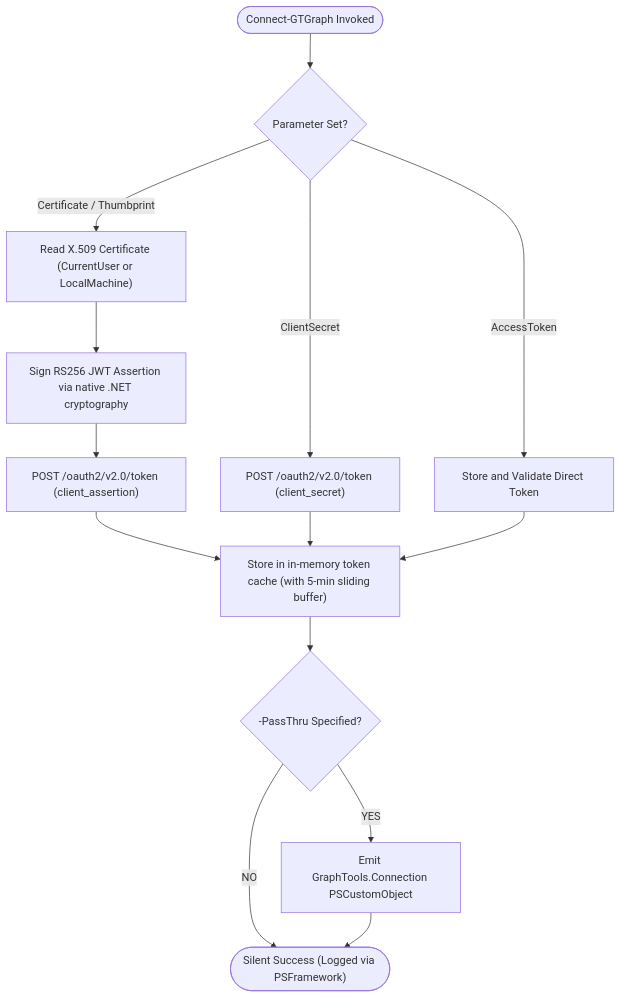
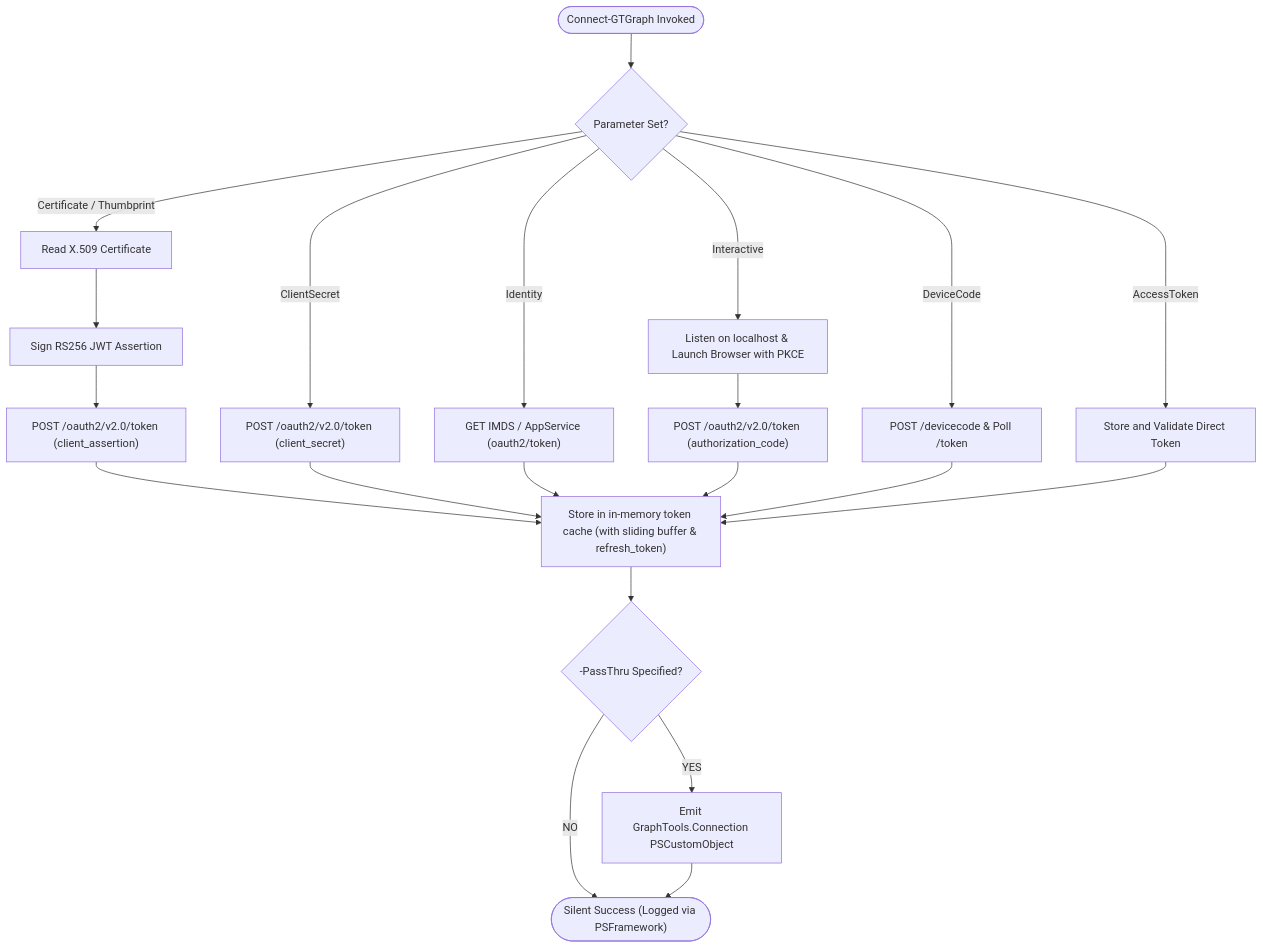
One commit to MARCO-K/GraphTools changed the diagram in docs/Connect-GTGraph.md. Above: the diagram before and after it, drawn with Mermaid. The commit also changed other lines of this file and 14 other files, not shown here.

Commit message:
feat(auth): add SecureString, Managed Identity, Interactive PKCE, DeviceCode, and refresh token renewal (v0.23.0)

````diff
--- a/docs/Connect-GTGraph.md
+++ b/docs/Connect-GTGraph.md
@@ -34,21 +67,31 @@
 ```mermaid
 flowchart TD
     Invoke(["Connect-GTGraph Invoked"]) --> AuthCheck{"Parameter Set?"}
 
-    AuthCheck -- "Certificate / Thumbprint" --> ReadCert["Read X.509 Certificate (CurrentUser or LocalMachine)"]
-    ReadCert --> SignJWT["Sign RS256 JWT Assertion via native .NET cryptography"]
+    AuthCheck -- "Certificate / Thumbprint" --> ReadCert["Read X.509 Certificate"]
+    ReadCert --> SignJWT["Sign RS256 JWT Assertion"]
     SignJWT --> RequestCertToken["POST /oauth2/v2.0/token (client_assertion)"]
 
     AuthCheck -- "ClientSecret" --> RequestSecretToken["POST /oauth2/v2.0/token (client_secret)"]
 
+    AuthCheck -- "Identity" --> RequestMSIToken["GET IMDS / AppService (oauth2/token)"]
+
+    AuthCheck -- "Interactive" --> LaunchBrowser["Listen on localhost & Launch Browser with PKCE"]
+    LaunchBrowser --> ExchangeAuthCode["POST /oauth2/v2.0/token (authorization_code)"]
+
+    AuthCheck -- "DeviceCode" --> PollDevice["POST /devicecode & Poll /token"]
+
     AuthCheck -- "AccessToken" --> StoreDirect["Store and Validate Direct Token"]
 
-    RequestCertToken --> CacheToken["Store in in-memory token cache (with 5-min sliding buffer)"]
+    RequestCertToken --> CacheToken["Store in in-memory token cache (with sliding buffer & refresh_token)"]
     RequestSecretToken --> CacheToken
+    RequestMSIToken --> CacheToken
+    ExchangeAuthCode --> CacheToken
+    PollDevice --> CacheToken
     StoreDirect --> CacheToken
 
     CacheToken --> PassThruCheck{"-PassThru Specified?"}
     PassThruCheck -- "YES" --> EmitObj["Emit GraphTools.Connection PSCustomObject"]
     PassThruCheck -- "NO" --> Done(["Silent Success (Logged via PSFramework)"])
     EmitObj --> Done
 ```
````
